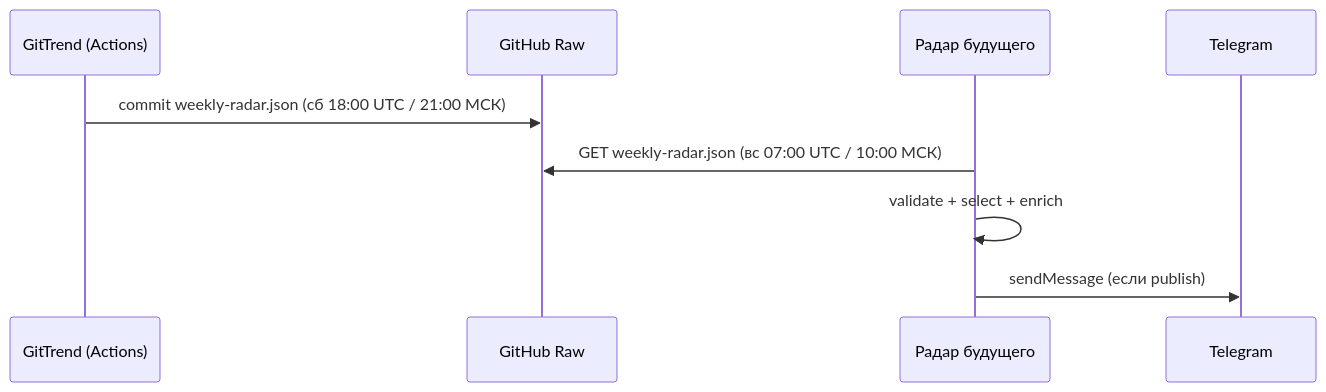
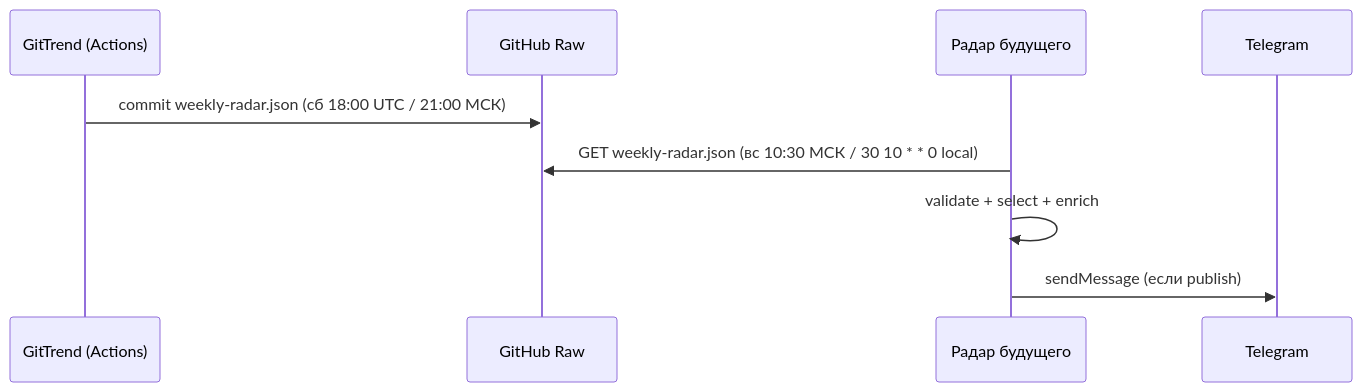
Before and after one commit to zobnin8-ux/radar: the diagram in RADAR-SCHEDULE-UPDATE.md, drawn with Mermaid. The commit also changed other lines of this file and 5 other files, not shown here.

````diff
--- a/RADAR-SCHEDULE-UPDATE.md
+++ b/RADAR-SCHEDULE-UPDATE.md
@@ -92,12 +93,12 @@
 ```mermaid
 sequenceDiagram
   participant GT as GitTrend (Actions)
   participant GH as GitHub Raw
   participant RF as Радар будущего
   participant TG as Telegram
 
   GT->>GH: commit weekly-radar.json (сб 18:00 UTC / 21:00 МСК)
-  RF->>GH: GET weekly-radar.json (вс 07:00 UTC / 10:00 МСК)
+  RF->>GH: GET weekly-radar.json (вс 10:30 МСК / 30 10 * * 0 local)
   RF->>RF: validate + select + enrich
   RF->>TG: sendMessage (если publish)
 ```
````
